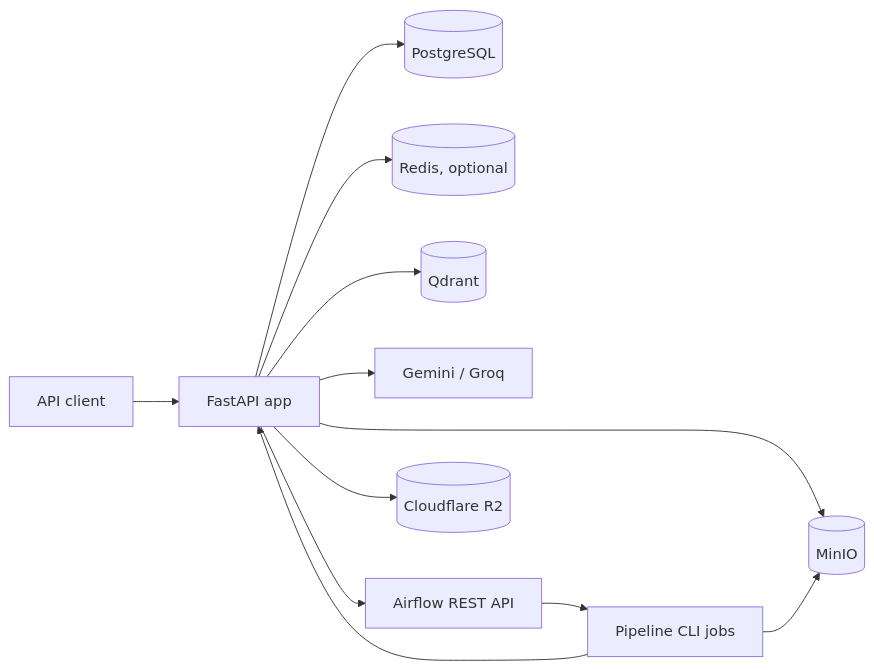
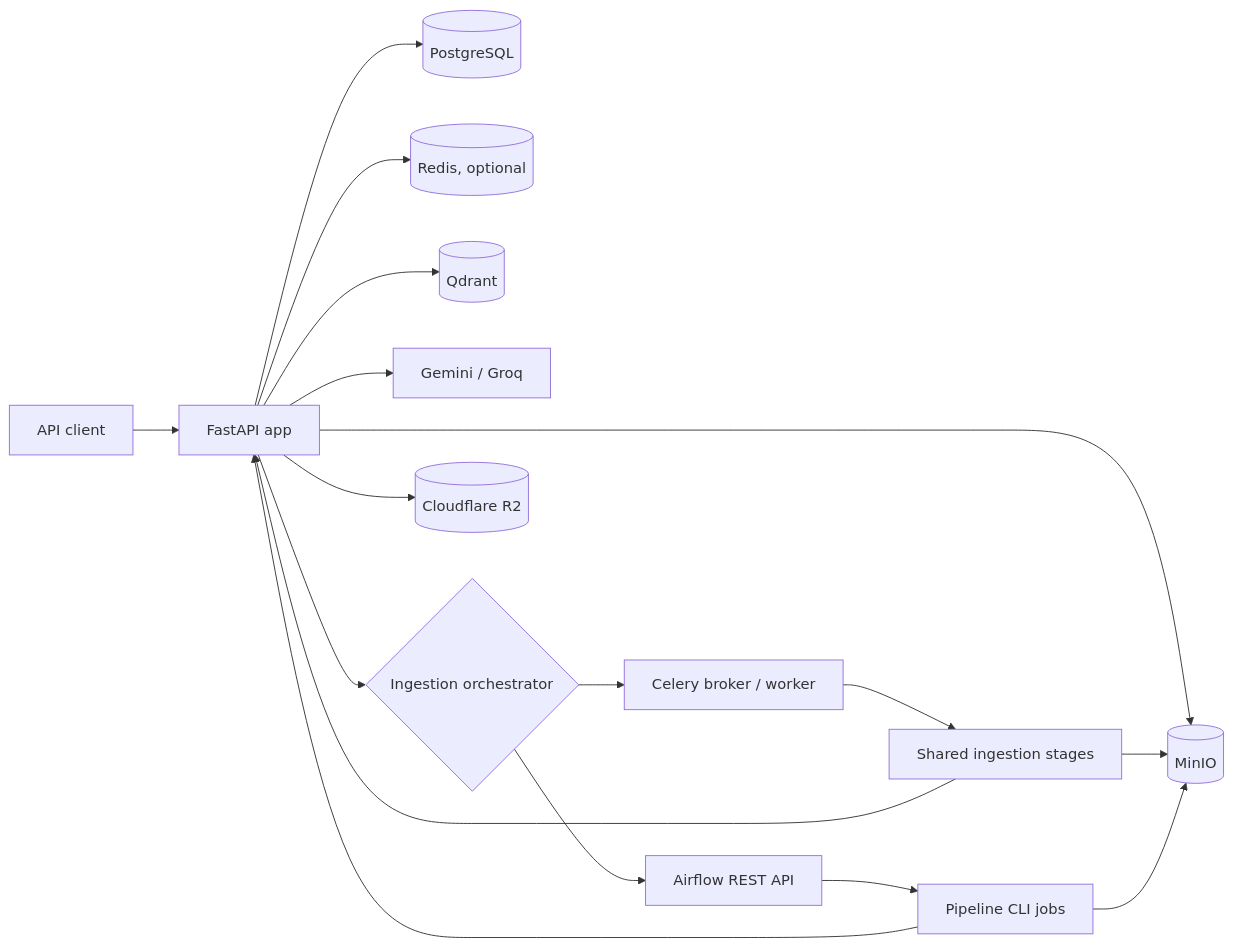
One commit to moad-cod/ragforge changed the first of 4 diagrams in backend/BACKEND_MAP.md. Above: the diagram before and after it, drawn with Mermaid. The commit also changed other lines of this file, not shown here.

Commit message:
Update backend map for Celery orchestration

````diff
--- a/backend/BACKEND_MAP.md
+++ b/backend/BACKEND_MAP.md
@@ -23,14 +23,19 @@
 ```mermaid
 flowchart LR
     Client[API client] --> API[FastAPI app]
     API --> PG[(PostgreSQL)]
     API --> Redis[(Redis, optional)]
     API --> Qdrant[(Qdrant)]
     API --> MinIO[(MinIO)]
     API --> LLM[Gemini / Groq]
-    API --> Airflow[Airflow REST API]
+    API --> Orchestrator{Ingestion orchestrator}
+    Orchestrator --> Airflow[Airflow REST API]
+    Orchestrator --> Celery[Celery broker / worker]
     Airflow --> Jobs[Pipeline CLI jobs]
+    Celery --> SharedStages[Shared ingestion stages]
+    SharedStages --> API
+    SharedStages --> MinIO
     Jobs --> API
     Jobs --> MinIO
     API --> R2[(Cloudflare R2)]
 ```
````
